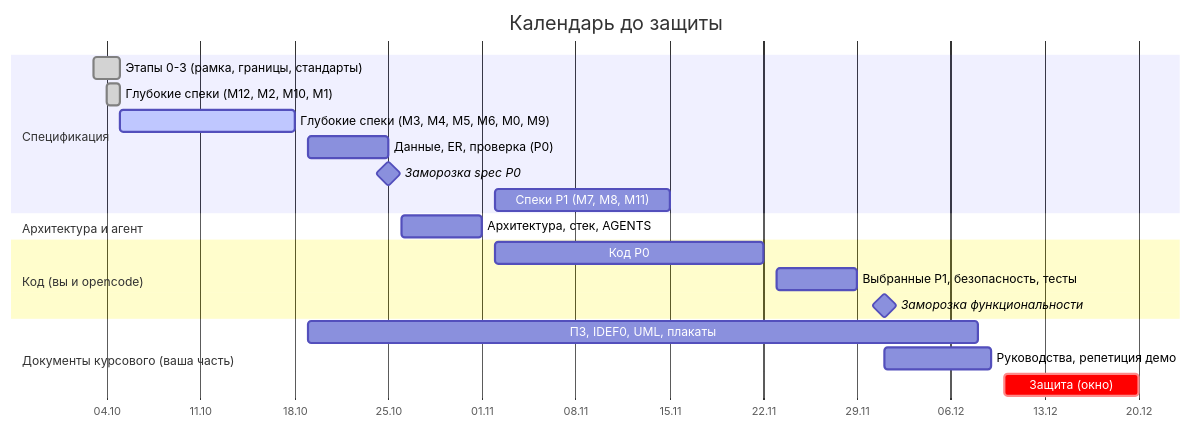
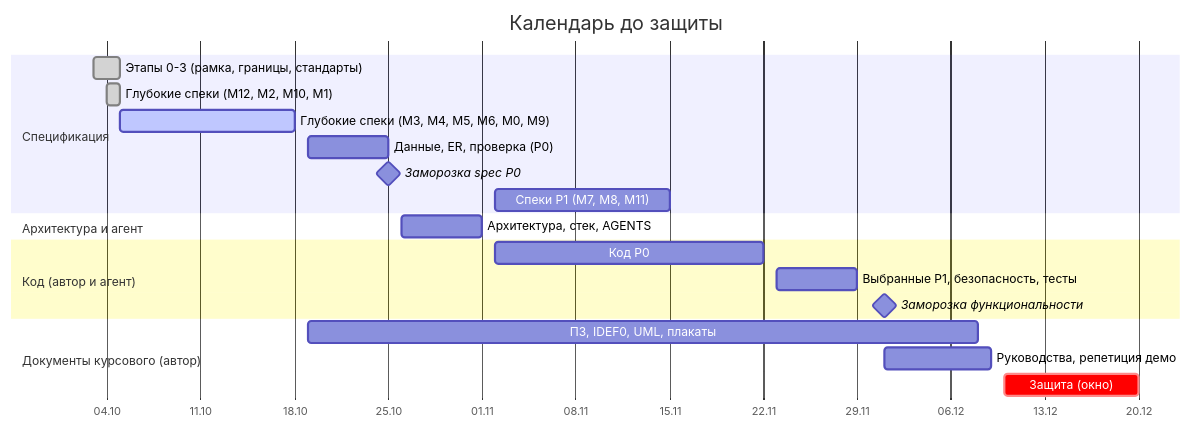
The diagram in docs/STATUS.md (dimassaa/SigmaSeries), drawn with Mermaid before and after one commit. The commit also changed other lines of this file and 24 other files, not shown here.

````diff
--- a/docs/STATUS.md
+++ b/docs/STATUS.md
@@ -32,23 +32,23 @@
 ```mermaid
 gantt
     title Календарь до защиты
     dateFormat YYYY-MM-DD
     axisFormat %d.%m
     section Спецификация
     Этапы 0-3 (рамка, границы, стандарты) :done, s1, 2026-10-03, 2026-10-05
     Глубокие спеки (M12, M2, M10, M1) :done, s2, 2026-10-04, 2026-10-05
     Глубокие спеки (M3, M4, M5, M6, M0, M9) :active, s3, 2026-10-05, 2026-10-18
     Данные, ER, проверка (P0) :s4, 2026-10-19, 2026-10-25
     Заморозка spec P0 :milestone, m1, 2026-10-25, 0d
     Спеки P1 (M7, M8, M11) :s5, 2026-11-02, 2026-11-15
     section Архитектура и агент
     Архитектура, стек, AGENTS :a1, 2026-10-26, 2026-11-01
-    section Код (вы и opencode)
+    section Код (автор и агент)
     Код P0 :c1, 2026-11-02, 2026-11-22
     Выбранные P1, безопасность, тесты :c2, 2026-11-23, 2026-11-29
     Заморозка функциональности :milestone, m2, 2026-12-01, 0d
-    section Документы курсового (ваша часть)
+    section Документы курсового (автор)
     ПЗ, IDEF0, UML, плакаты :k1, 2026-10-19, 2026-12-08
     Руководства, репетиция демо :k2, 2026-12-01, 2026-12-09
     Защита (окно) :crit, k3, 2026-12-10, 2026-12-20
 ```
````
